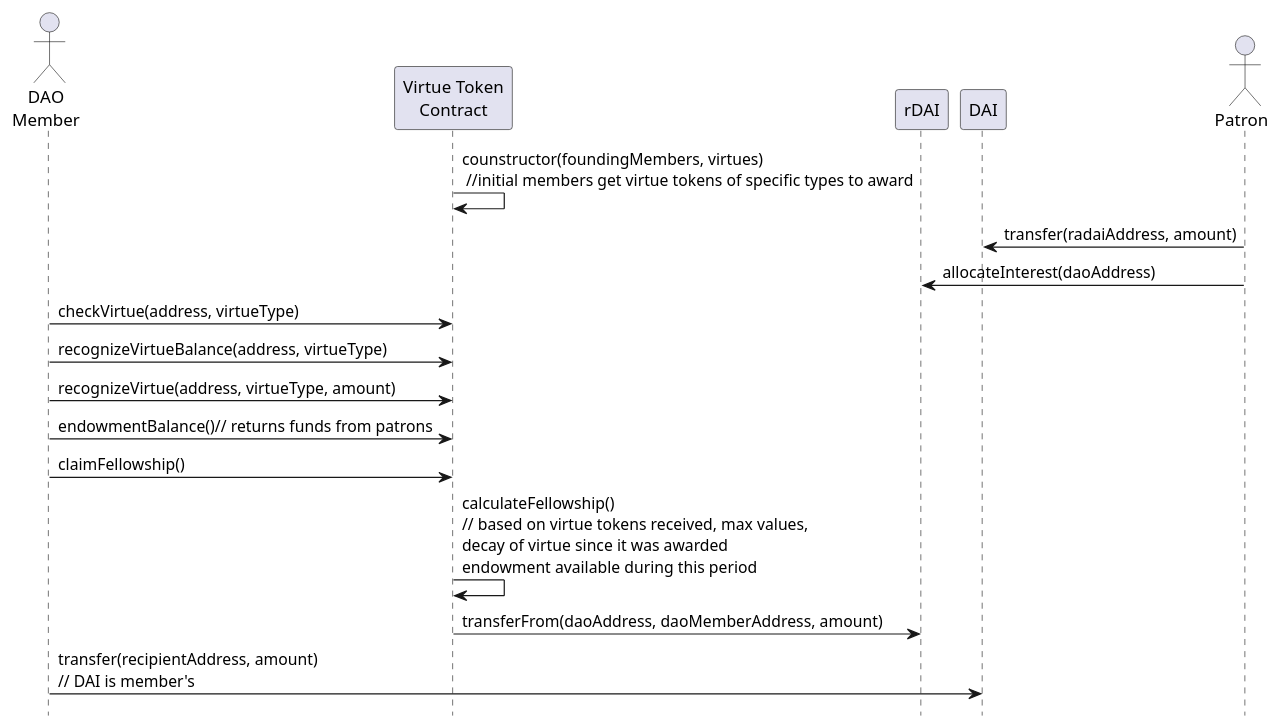
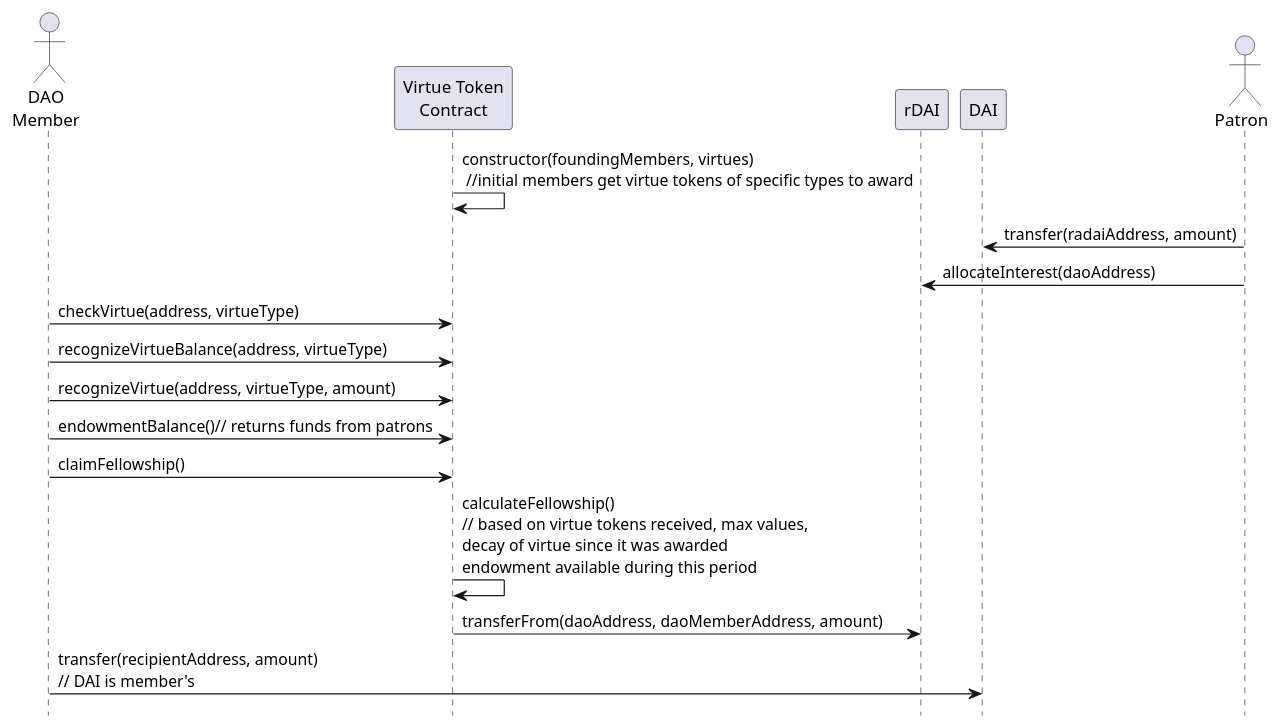
The diagram in diagrams/virtue-dao.md (CoMakery/virtue-dao), drawn with PlantUML before and after one commit. The commit also changed 9 other files, not shown here.

````diff
--- a/diagrams/virtue-dao.md
+++ b/diagrams/virtue-dao.md
@@ -1,23 +1,23 @@
 ```plantuml
 @startuml virtue-dao
 hide footbox
 
 actor Member1 as "DAO\nMember"
 participant Virtue as "Virtue Token\nContract"
 participant rDAI
 participant DAI
 actor Patron 
-Virtue -> Virtue: counstructor(foundingMembers, virtues) \n //initial members get virtue tokens of specific types to award
+Virtue -> Virtue: constructor(foundingMembers, virtues) \n //initial members get virtue tokens of specific types to award
 Patron -> DAI: transfer(radaiAddress, amount)
 Patron -> rDAI: allocateInterest(daoAddress)
 
 Member1 -> Virtue: checkVirtue(address, virtueType)
 Member1 -> Virtue: recognizeVirtueBalance(address, virtueType)
 Member1 -> Virtue: recognizeVirtue(address, virtueType, amount)
 Member1 -> Virtue: endowmentBalance()// returns funds from patrons 
 Member1 -> Virtue: claimFellowship()
 Virtue -> Virtue: calculateFellowship()\n// based on virtue tokens received, max values,\ndecay of virtue since it was awarded\nendowment available during this period
 Virtue -> rDAI: transferFrom(daoAddress, daoMemberAddress, amount)
 Member1 -> DAI: transfer(recipientAddress, amount) \n// DAI is member's
 @enduml
 ```
````
